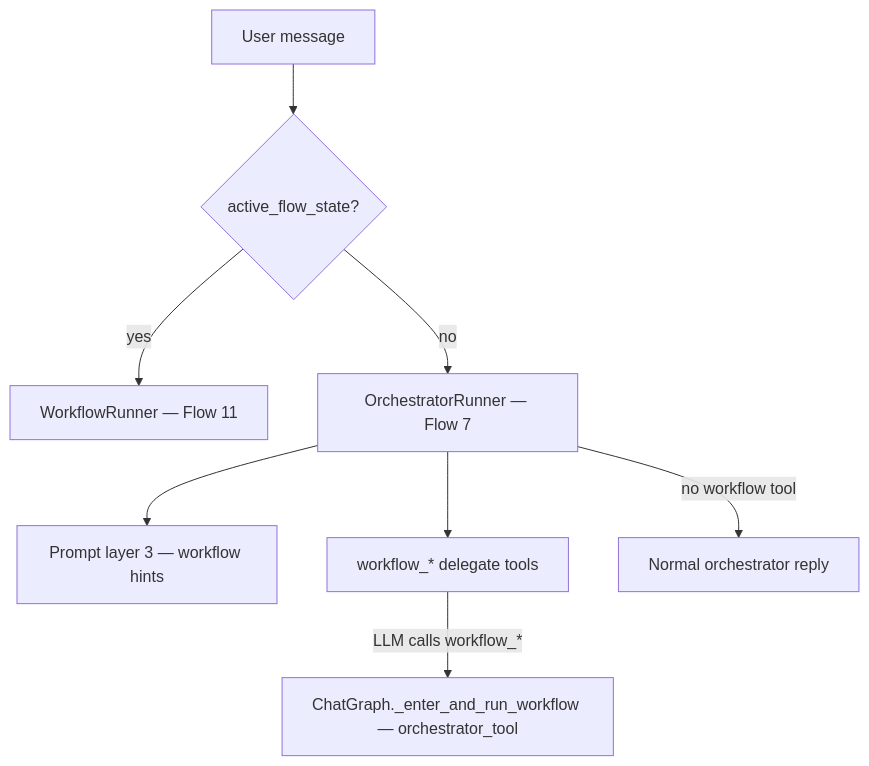
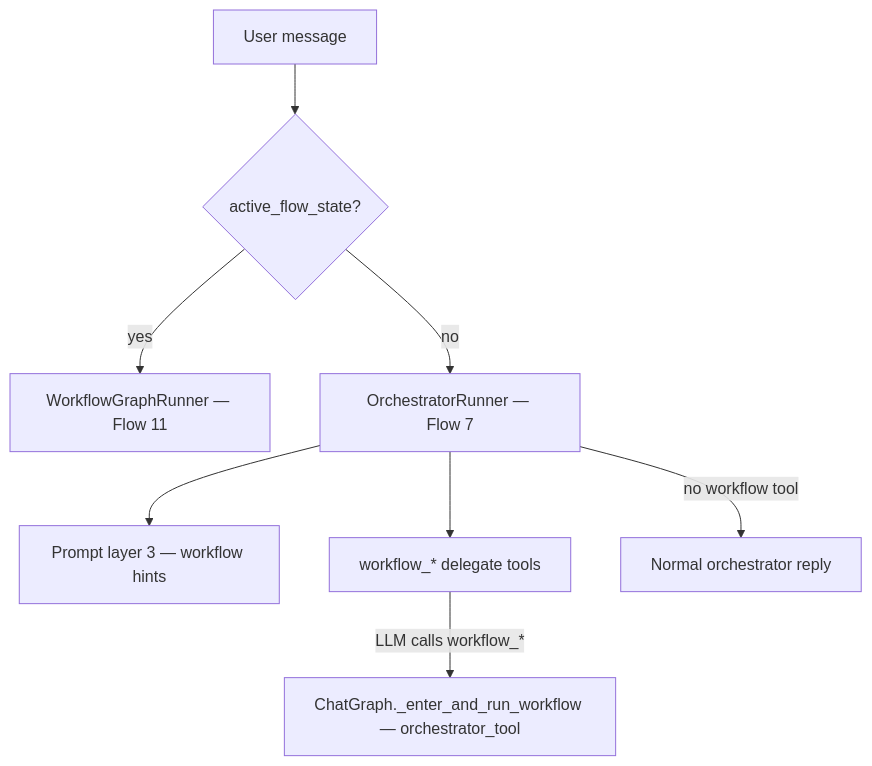
Before and after one commit to shehan-jayasinghe/bot-builder: the diagram in backend/document/agentic/updets/runtime-migration-agentic-phase-b.md, drawn with Mermaid. The commit also changed other lines of this file and 59 other files, not shown here.

````diff
--- a/backend/document/agentic/updets/runtime-migration-agentic-phase-b.md
+++ b/backend/document/agentic/updets/runtime-migration-agentic-phase-b.md
@@ -29,11 +31,11 @@
 ```mermaid
 flowchart TB
     MSG[User message]
     MSG --> FLOW{active_flow_state?}
-    FLOW -->|yes| WF[WorkflowRunner — Flow 11]
+    FLOW -->|yes| WF[WorkflowGraphRunner — Flow 11]
     FLOW -->|no| ORCH[OrchestratorRunner — Flow 7]
     ORCH --> CATALOG[Prompt layer 3 — workflow hints]
     ORCH --> TOOLS[workflow_* delegate tools]
     TOOLS -->|LLM calls workflow_*| ENTER[ChatGraph._enter_and_run_workflow — orchestrator_tool]
     ORCH -->|no workflow tool| REPLY[Normal orchestrator reply]
 ```
````
